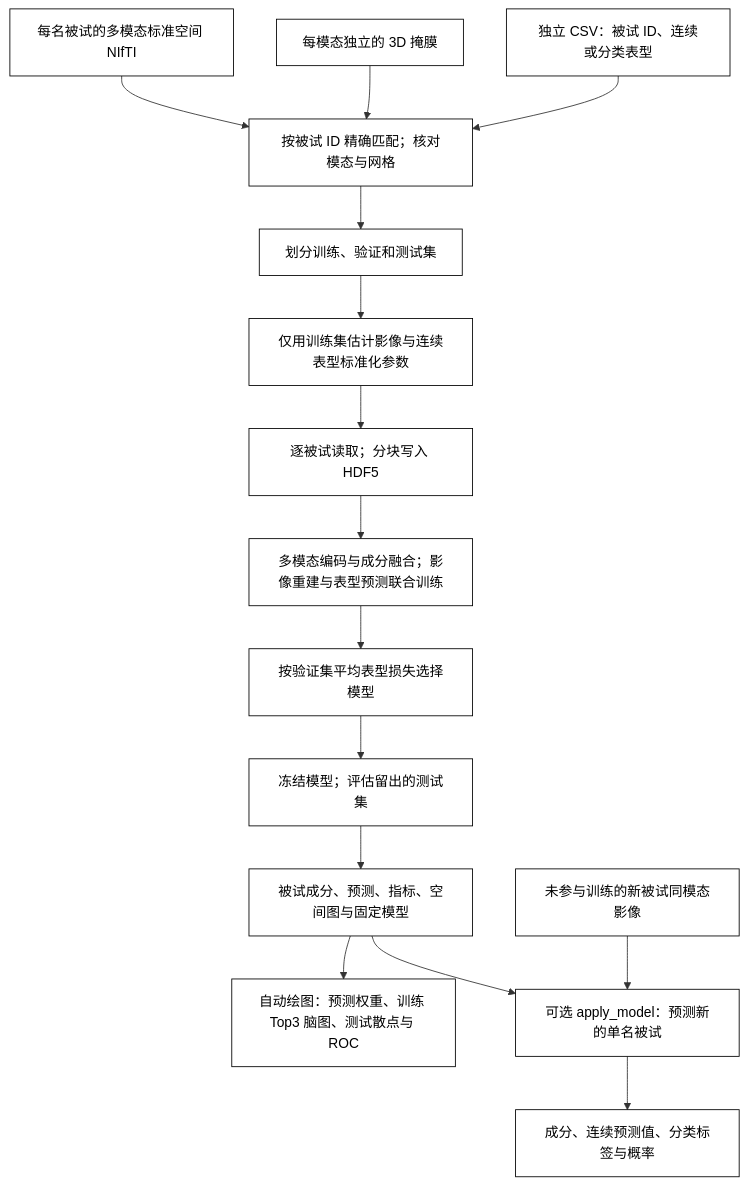
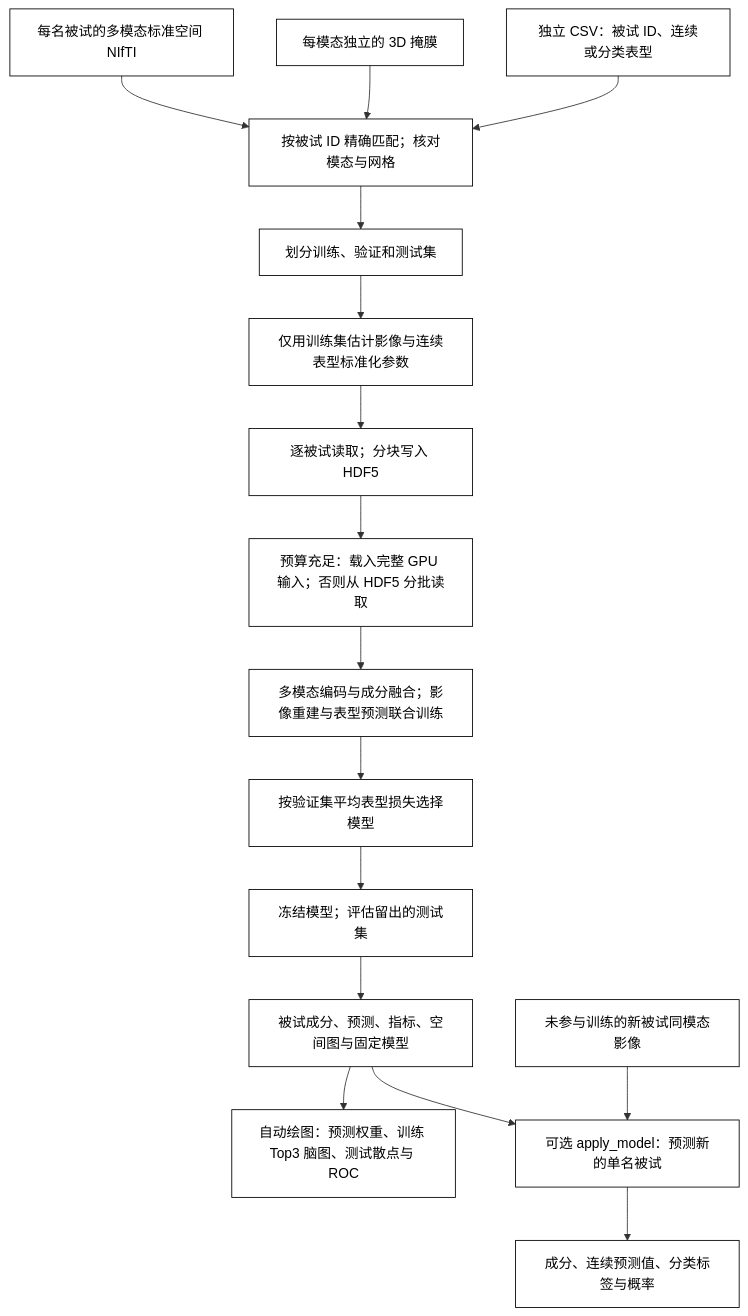
Before and after one commit to weikanggong1/Fudan-Neuroimaging-toolkit: the diagram in docs/superbigflica/README.md, drawn with Mermaid. The commit also changed other lines of this file and 16 other files, not shown here.

Commit message:
Publish real SuperBigFLICA audit and GPU cache benchmark

````diff
--- a/docs/superbigflica/README.md
+++ b/docs/superbigflica/README.md
@@ -9,18 +9,19 @@
 ```mermaid
 flowchart TD
     IMAGE["每名被试的多模态标准空间 NIfTI"] --> MATCH["按被试 ID 精确匹配；核对模态与网格"]
     MASK["每模态独立的 3D 掩膜"] --> MATCH
     CSV["独立 CSV：被试 ID、连续或分类表型"] --> MATCH
     MATCH --> SPLIT["划分训练、验证和测试集"]
     SPLIT --> FIT["仅用训练集估计影像与连续表型标准化参数"]
     FIT --> STORE["逐被试读取；分块写入 HDF5"]
-    STORE --> TRAIN["多模态编码与成分融合；影像重建与表型预测联合训练"]
+    STORE --> CACHE["预算充足：载入完整 GPU 输入；否则从 HDF5 分批读取"]
+    CACHE --> TRAIN["多模态编码与成分融合；影像重建与表型预测联合训练"]
     TRAIN --> SELECT["按验证集平均表型损失选择模型"]
     SELECT --> TEST["冻结模型；评估留出的测试集"]
     TEST --> OUTPUT["被试成分、预测、指标、空间图与固定模型"]
     OUTPUT --> PLOT["自动绘图：预测权重、训练 Top3 脑图、测试散点与 ROC"]
     OUTPUT --> APPLY["可选 apply_model：预测新的单名被试"]
     NEW["未参与训练的新被试同模态影像"] --> APPLY
     APPLY --> PRED["成分、连续预测值、分类标签与概率"]
     classDef default fill:#ffffff,stroke:#000000,color:#000000;
 ```
````
